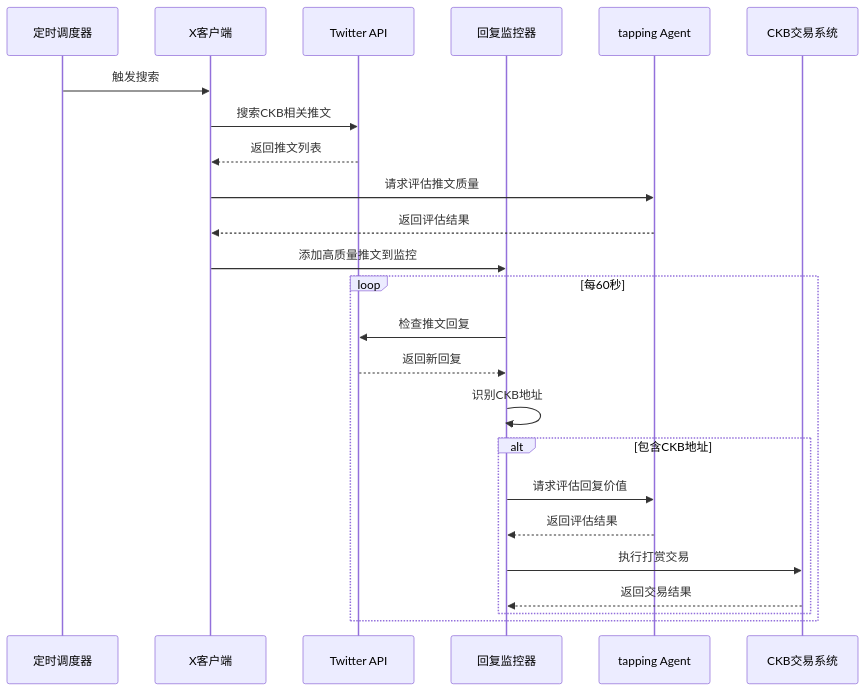
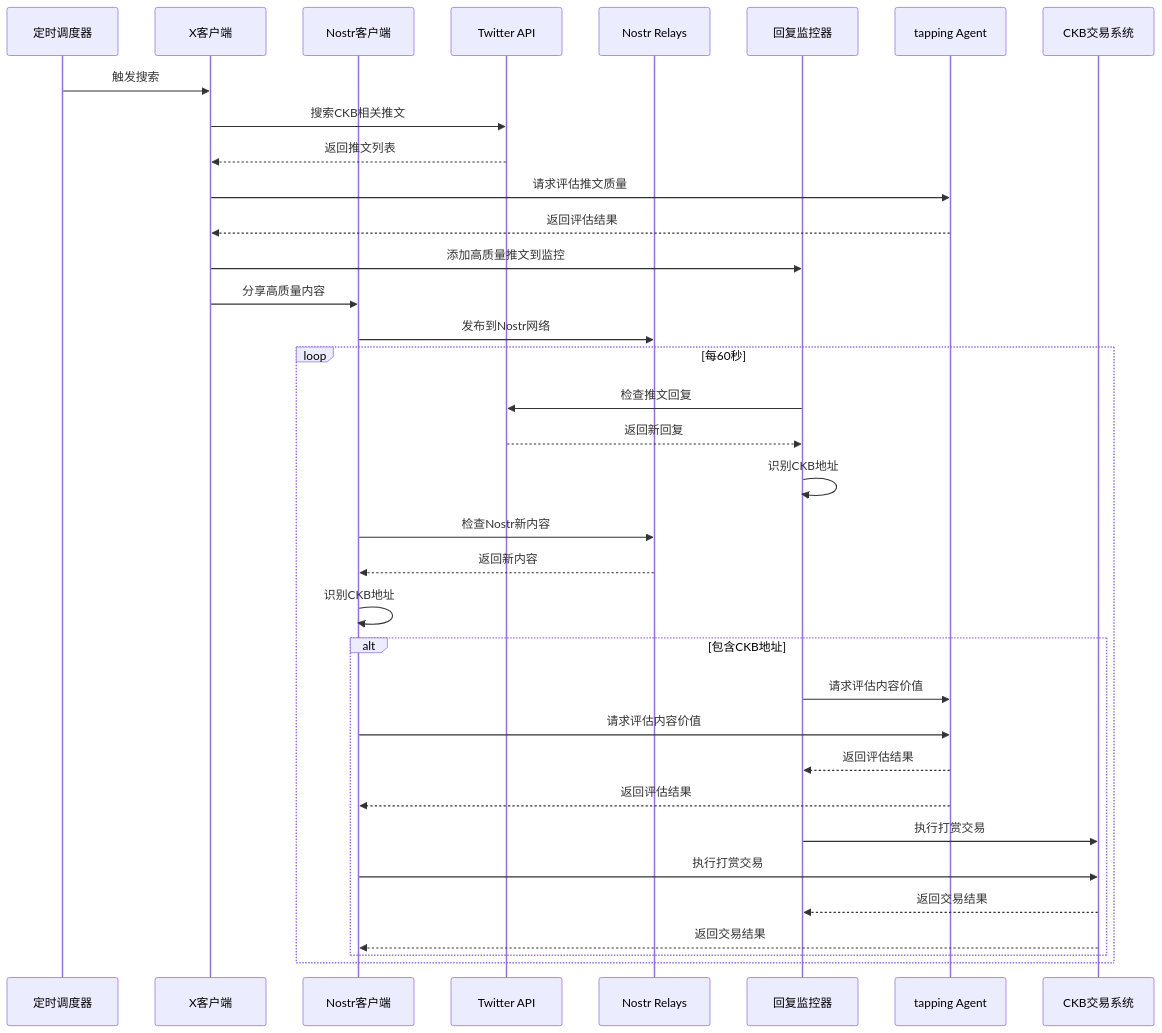
One commit to D-lyw/tipping-agent changed the third of 3 diagrams in README.md. Above: the diagram before and after it, drawn with Mermaid. The commit also changed other lines of this file and 22 other files, not shown here.

````diff
--- a/README.md
+++ b/README.md
@@ -138,28 +158,41 @@
 ```mermaid
 sequenceDiagram
     participant S as 定时调度器
     participant X as X客户端
+    participant N as Nostr客户端
     participant T as Twitter API
+    participant R as Nostr Relays
     participant M as 回复监控器
     participant A as tapping Agent
     participant C as CKB交易系统
     
     S->>X: 触发搜索
     X->>T: 搜索CKB相关推文
     T-->>X: 返回推文列表
     X->>A: 请求评估推文质量
     A-->>X: 返回评估结果
     X->>M: 添加高质量推文到监控
+    X->>N: 分享高质量内容
+    N->>R: 发布到Nostr网络
     
     loop 每60秒
         M->>T: 检查推文回复
         T-->>M: 返回新回复
         M->>M: 识别CKB地址
+        
+        N->>R: 检查Nostr新内容
+        R-->>N: 返回新内容
+        N->>N: 识别CKB地址
+        
         alt 包含CKB地址
-            M->>A: 请求评估回复价值
+            M->>A: 请求评估内容价值
+            N->>A: 请求评估内容价值
             A-->>M: 返回评估结果
+            A-->>N: 返回评估结果
             M->>C: 执行打赏交易
+            N->>C: 执行打赏交易
             C-->>M: 返回交易结果
+            C-->>N: 返回交易结果
         end
     end
 ```
````
